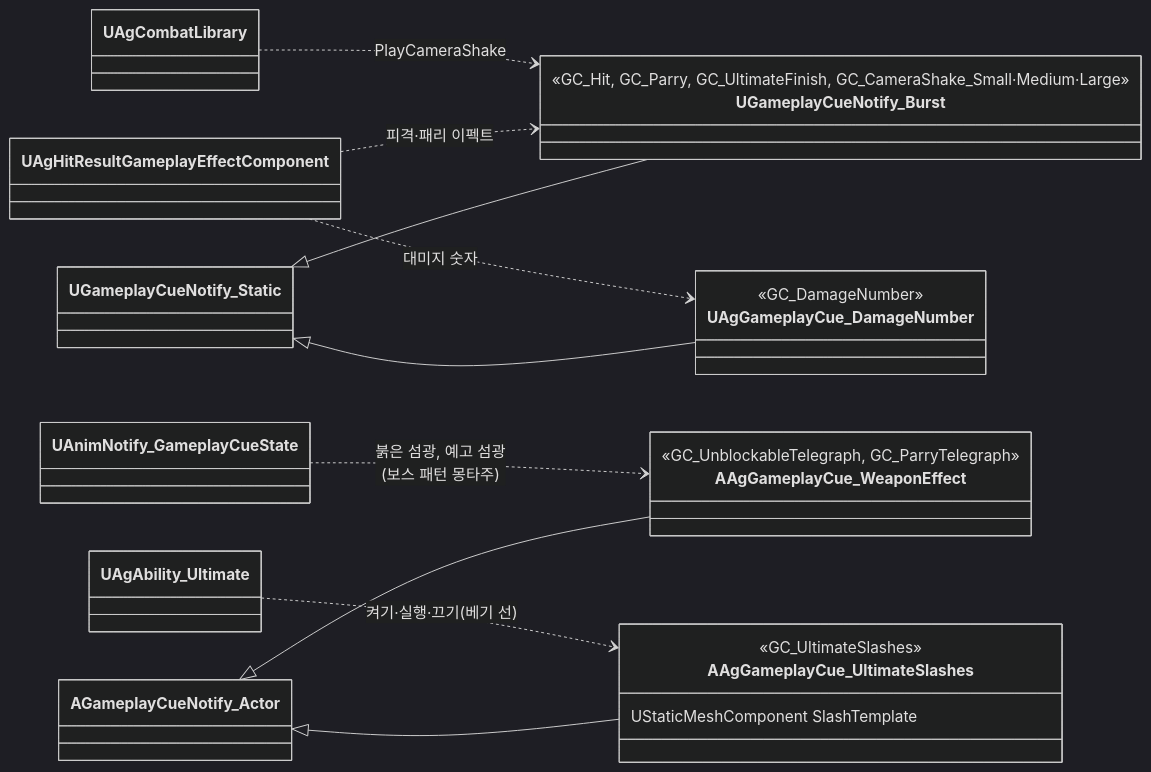
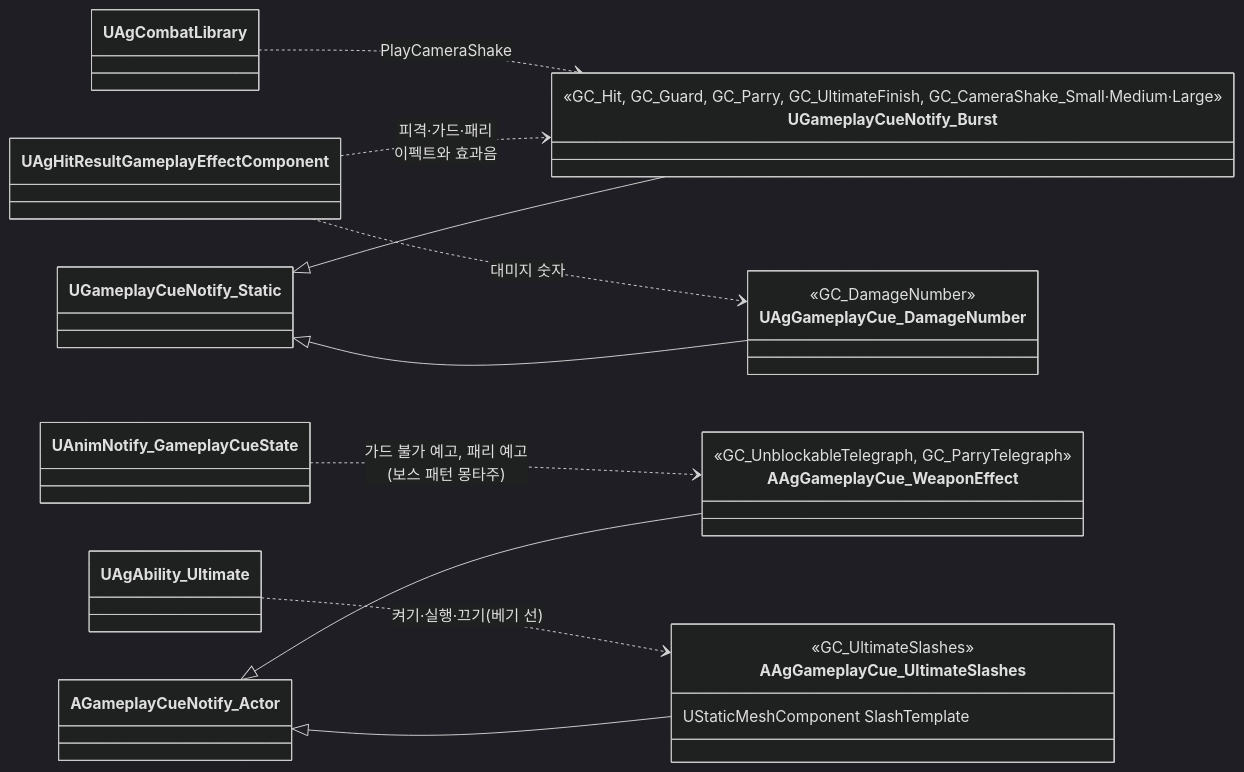
Diagram 11 of 21 in Docs/Program/클래스 구조도.md (Woogl/Ag), drawn with Mermaid (dark theme) before and after one commit. The commit also changed other lines of this file and 34 other files, not shown here.

````diff
--- a/Docs/Program/클래스 구조도.md
+++ b/Docs/Program/클래스 구조도.md
@@ -490,27 +490,27 @@
 ```mermaid
 classDiagram
     direction LR
     class UGameplayCueNotify_Burst {
-        <<GC_Hit, GC_Parry, GC_UltimateFinish, GC_CameraShake_Small·Medium·Large>>
+        <<GC_Hit, GC_Guard, GC_Parry, GC_UltimateFinish, GC_CameraShake_Small·Medium·Large>>
     }
     class UAgGameplayCue_DamageNumber {
         <<GC_DamageNumber>>
     }
     class AAgGameplayCue_WeaponEffect {
         <<GC_UnblockableTelegraph, GC_ParryTelegraph>>
     }
     class AAgGameplayCue_UltimateSlashes {
         <<GC_UltimateSlashes>>
         UStaticMeshComponent SlashTemplate
     }
     UGameplayCueNotify_Static <|-- UGameplayCueNotify_Burst
     UGameplayCueNotify_Static <|-- UAgGameplayCue_DamageNumber
     AGameplayCueNotify_Actor <|-- AAgGameplayCue_WeaponEffect
     AGameplayCueNotify_Actor <|-- AAgGameplayCue_UltimateSlashes
 
-    UAgHitResultGameplayEffectComponent ..> UGameplayCueNotify_Burst : 피격·패리 이펙트
+    UAgHitResultGameplayEffectComponent ..> UGameplayCueNotify_Burst : 피격·가드·패리<br>이펙트와 효과음
     UAgHitResultGameplayEffectComponent ..> UAgGameplayCue_DamageNumber : 대미지 숫자
     UAgCombatLibrary ..> UGameplayCueNotify_Burst : PlayCameraShake
-    UAnimNotify_GameplayCueState ..> AAgGameplayCue_WeaponEffect : 붉은 섬광, 예고 섬광<br>(보스 패턴 몽타주)
+    UAnimNotify_GameplayCueState ..> AAgGameplayCue_WeaponEffect : 가드 불가 예고, 패리 예고<br>(보스 패턴 몽타주)
     UAgAbility_Ultimate ..> AAgGameplayCue_UltimateSlashes : 켜기·실행·끄기(베기 선)
 ```
````
